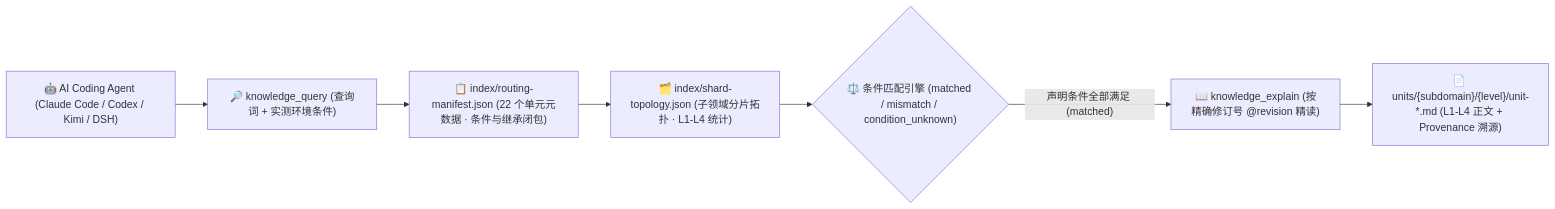
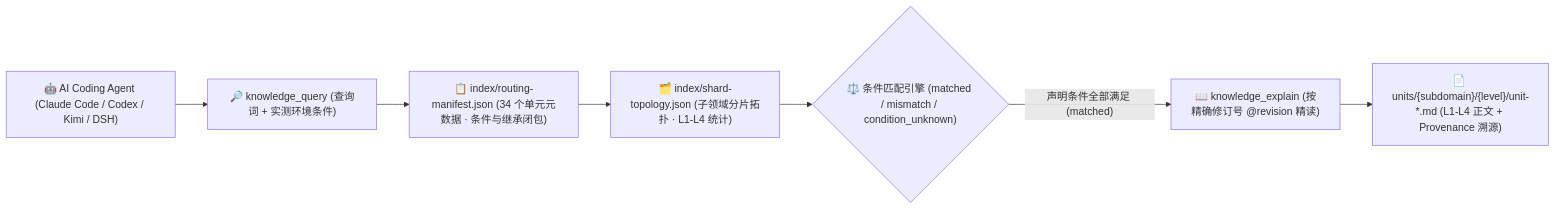
Before and after one commit to mindie-agent/knowledge-infer-ops-compat: the diagram in README.md, drawn with Mermaid. The commit also changed other lines of this file and 6 other files, not shown here.

````diff
--- a/README.md
+++ b/README.md
@@ -99,13 +99,13 @@
 ```mermaid
 flowchart LR
   Agent["🤖 AI Coding Agent (Claude Code / Codex / Kimi / DSH)"]
   Query["🔎 knowledge_query (查询词 + 实测环境条件)"]
-  Manifest["📋 index/routing-manifest.json (22 个单元元数据 · 条件与继承闭包)"]
+  Manifest["📋 index/routing-manifest.json (34 个单元元数据 · 条件与继承闭包)"]
   Topology["🗂️ index/shard-topology.json (子领域分片拓扑 · L1-L4 统计)"]
   Match{"⚖️ 条件匹配引擎 (matched / mismatch / condition_unknown)"}
   Explain["📖 knowledge_explain (按精确修订号 @revision 精读)"]
   Units["📄 units/{subdomain}/{level}/unit-*.md (L1-L4 正文 + Provenance 溯源)"]
 
   Agent --> Query --> Manifest --> Topology --> Match
   Match -- "声明条件全部满足 (matched)" --> Explain --> Units
 ```
````
